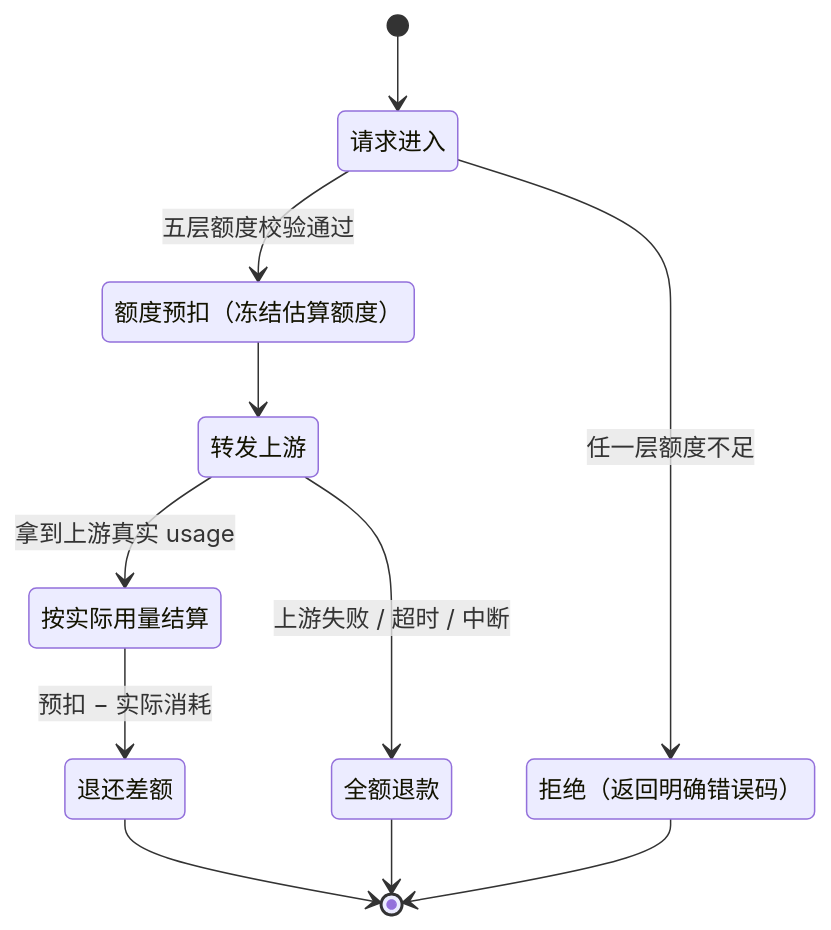
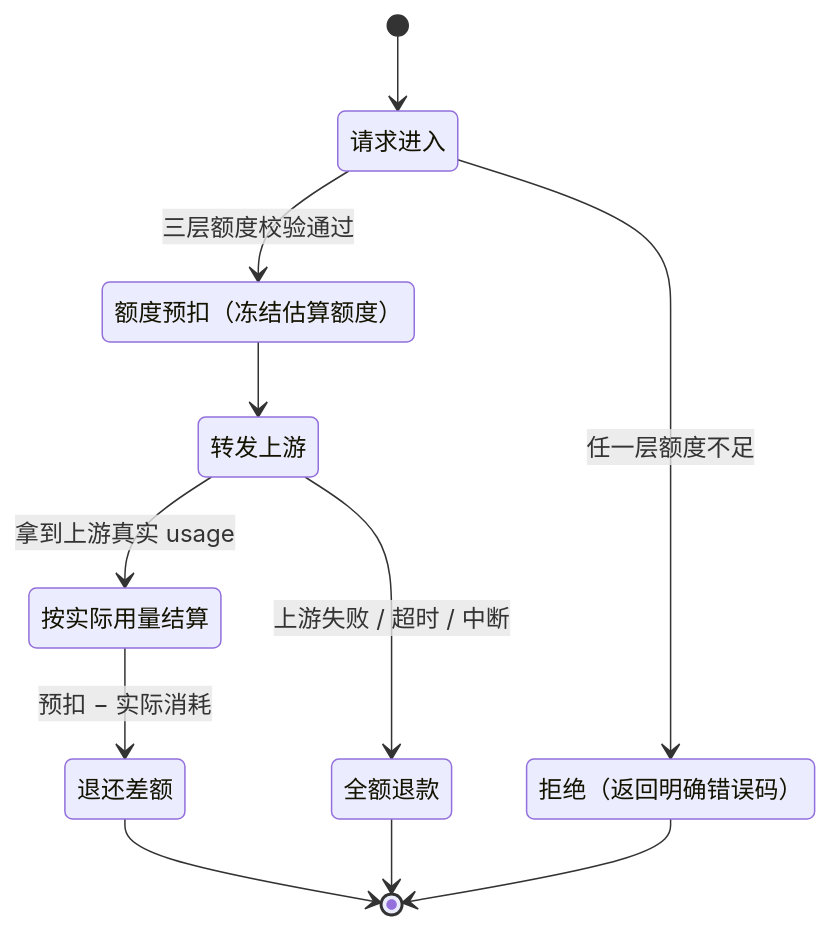
The third of 4 diagrams in docs/intro/architecture.md (qianfree/team-api-docs), drawn with Mermaid before and after one commit. The commit also changed other lines of this file and 31 other files, not shown here.

````diff
--- a/docs/intro/architecture.md
+++ b/docs/intro/architecture.md
@@ -114,21 +114,21 @@
 ```mermaid
 stateDiagram-v2
     state "请求进入" as enter
     state "额度预扣（冻结估算额度）" as hold
     state "转发上游" as forward
     state "按实际用量结算" as settle
     state "退还差额" as refund
     state "全额退款" as refundAll
     state "拒绝（返回明确错误码）" as reject
 
     [*] --> enter
-    enter --> hold: 五层额度校验通过
+    enter --> hold: 三层额度校验通过
     enter --> reject: 任一层额度不足
     hold --> forward
     forward --> settle: 拿到上游真实 usage
     forward --> refundAll: 上游失败 / 超时 / 中断
     settle --> refund: 预扣 − 实际消耗
     refund --> [*]
     refundAll --> [*]
     reject --> [*]
 ```
````
